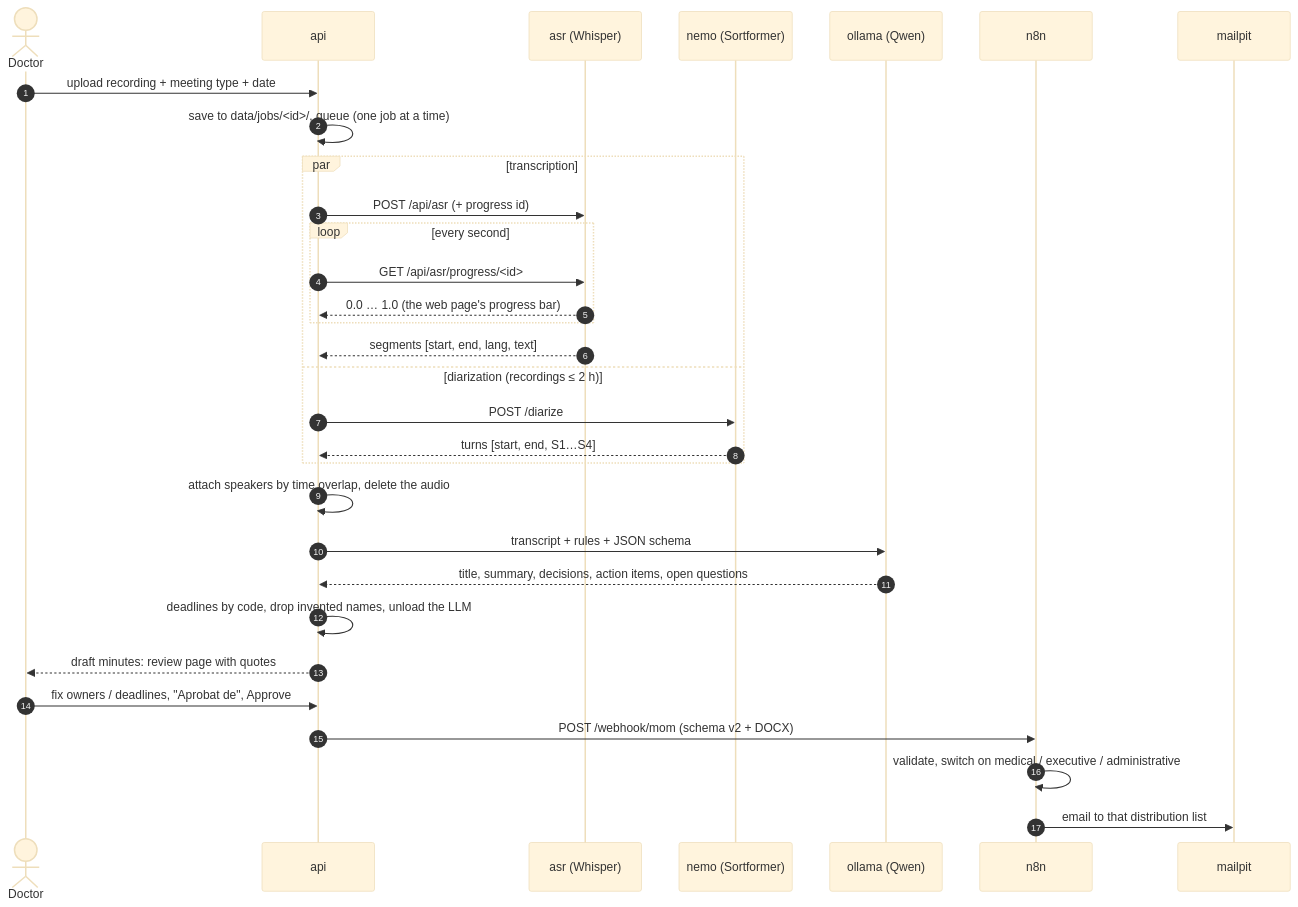
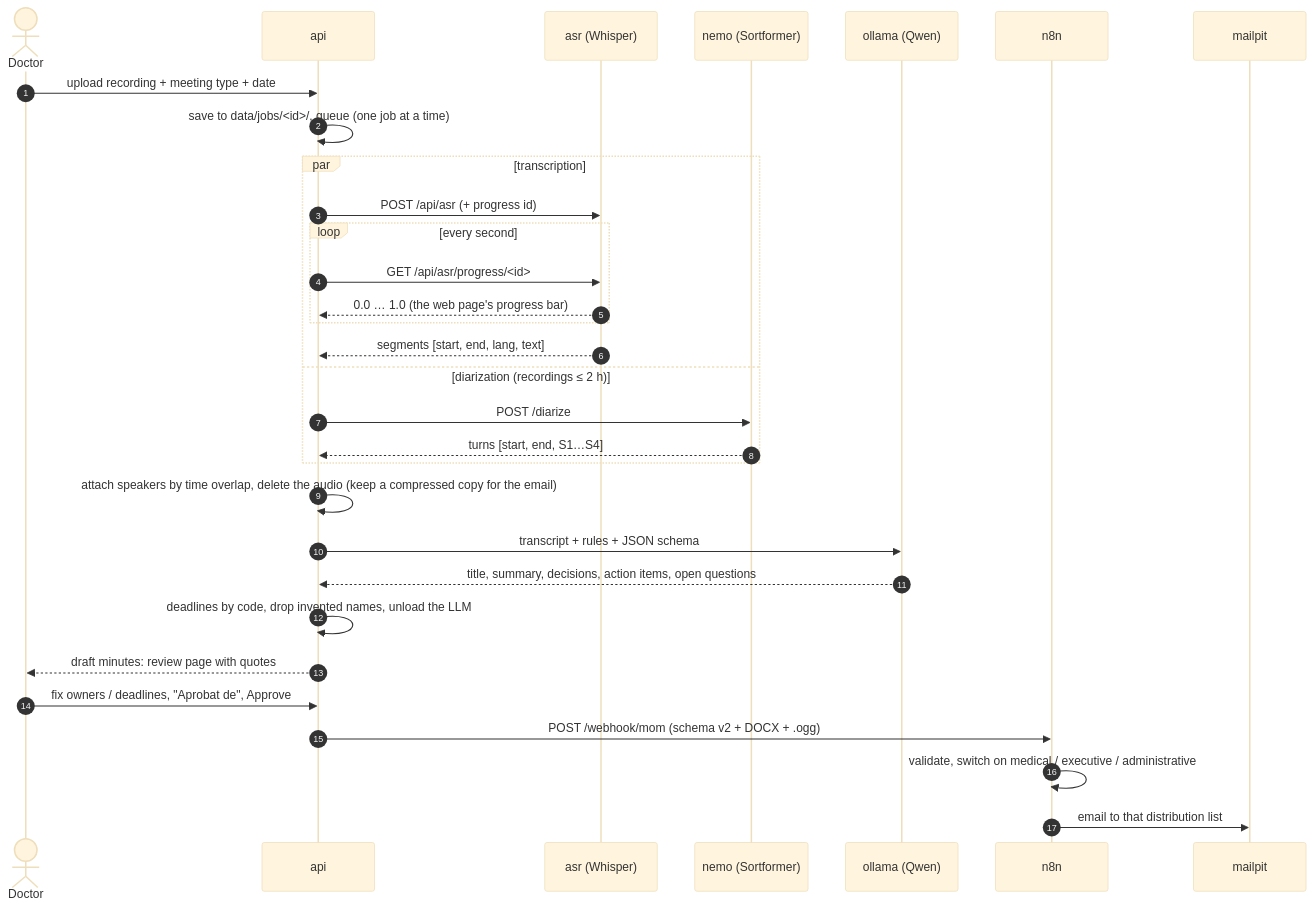
One commit to Klavrin/gigahack26-mom-challenge changed the second of 5 diagrams in docs/architecture.md. Above: the diagram before and after it, drawn with Mermaid (base theme). The commit also changed other lines of this file and 18 other files, not shown here.

````diff
--- a/docs/architecture.md
+++ b/docs/architecture.md
@@ -38,34 +38,34 @@
 ```mermaid
 sequenceDiagram
     autonumber
     actor U as Doctor
     participant A as api
     participant S as asr (Whisper)
     participant D as nemo (Sortformer)
     participant L as ollama (Qwen)
     participant N as n8n
     participant M as mailpit
 
     U->>A: upload recording + meeting type + date
     A->>A: save to data/jobs/<id>/, queue (one job at a time)
     par transcription
         A->>S: POST /api/asr (+ progress id)
         loop every second
             A->>S: GET /api/asr/progress/<id>
             S-->>A: 0.0 … 1.0 (the web page's progress bar)
         end
         S-->>A: segments [start, end, lang, text]
     and diarization (recordings ≤ 2 h)
         A->>D: POST /diarize
         D-->>A: turns [start, end, S1…S4]
     end
-    A->>A: attach speakers by time overlap, delete the audio
+    A->>A: attach speakers by time overlap, delete the audio (keep a compressed copy for the email)
     A->>L: transcript + rules + JSON schema
     L-->>A: title, summary, decisions, action items, open questions
     A->>A: deadlines by code, drop invented names, unload the LLM
     A-->>U: draft minutes: review page with quotes
     U->>A: fix owners / deadlines, "Aprobat de", Approve
-    A->>N: POST /webhook/mom (schema v2 + DOCX)
+    A->>N: POST /webhook/mom (schema v2 + DOCX + .ogg)
     N->>N: validate, switch on medical / executive / administrative
     N->>M: email to that distribution list
 ```
````
